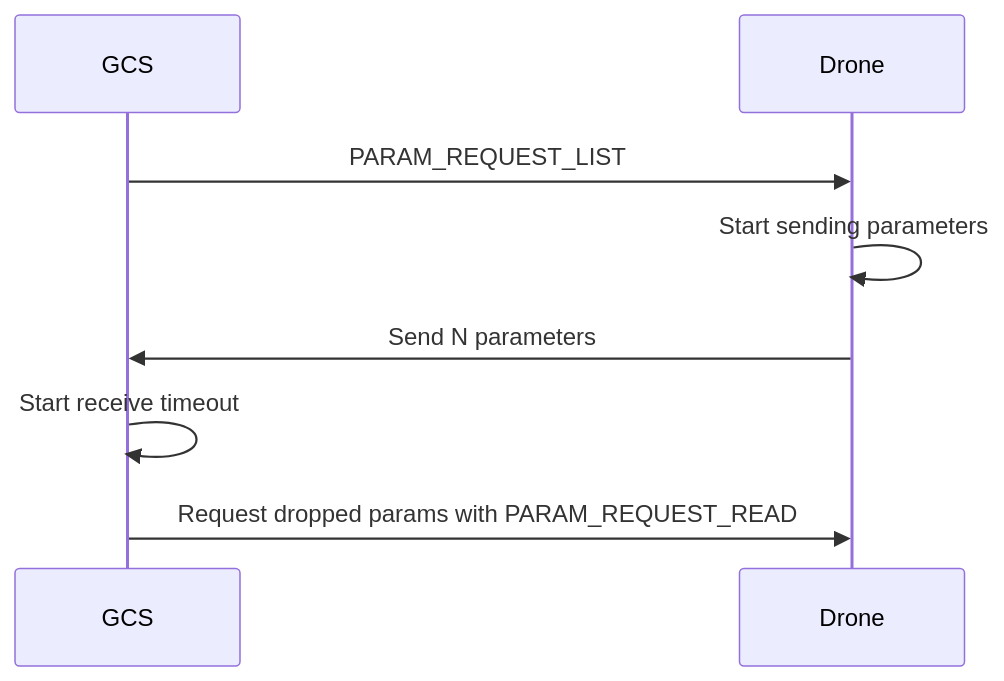
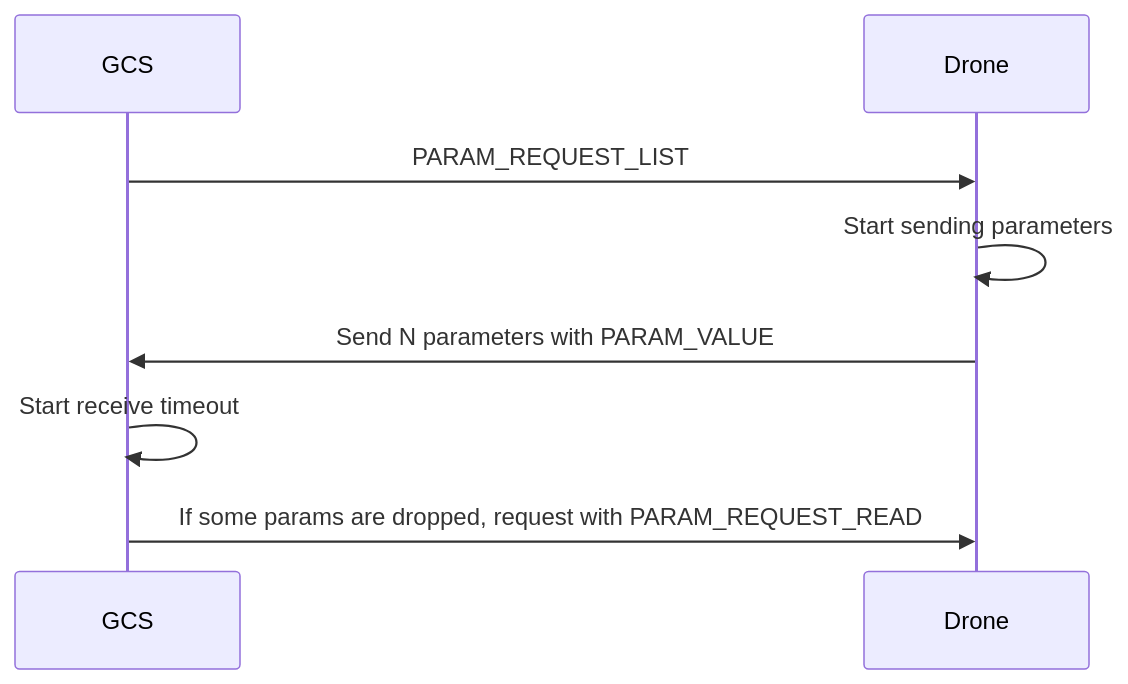
Before and after one commit to mavlink/mavlink-devguide: the first of 2 diagrams in en/protocol/parameter.md, drawn with Mermaid. The commit also changed other lines of this file, not shown here.

Commit message:
Fix typo - Update diagram
Param value typo

```diff
--- a/en/protocol/parameter.md
+++ b/en/protocol/parameter.md
@@ -62,10 +62,10 @@
 {% mermaid %}
 sequenceDiagram;
     participant GCS
     participant Drone
     GCS->>Drone: PARAM_REQUEST_LIST
-    Drone->>Drone: Start sending parameters
-    Drone->>GCS: Send N parameters
+    Drone->>Drone: Start sending parameters 
+    Drone->>GCS: Send N parameters with PARAM_VALUE
     GCS->>GCS: Start receive timeout
-    GCS->>Drone: Request dropped params with PARAM_REQUEST_READ
+    GCS->>Drone: If some params are dropped, request with PARAM_REQUEST_READ
 {% endmermaid %}
```
